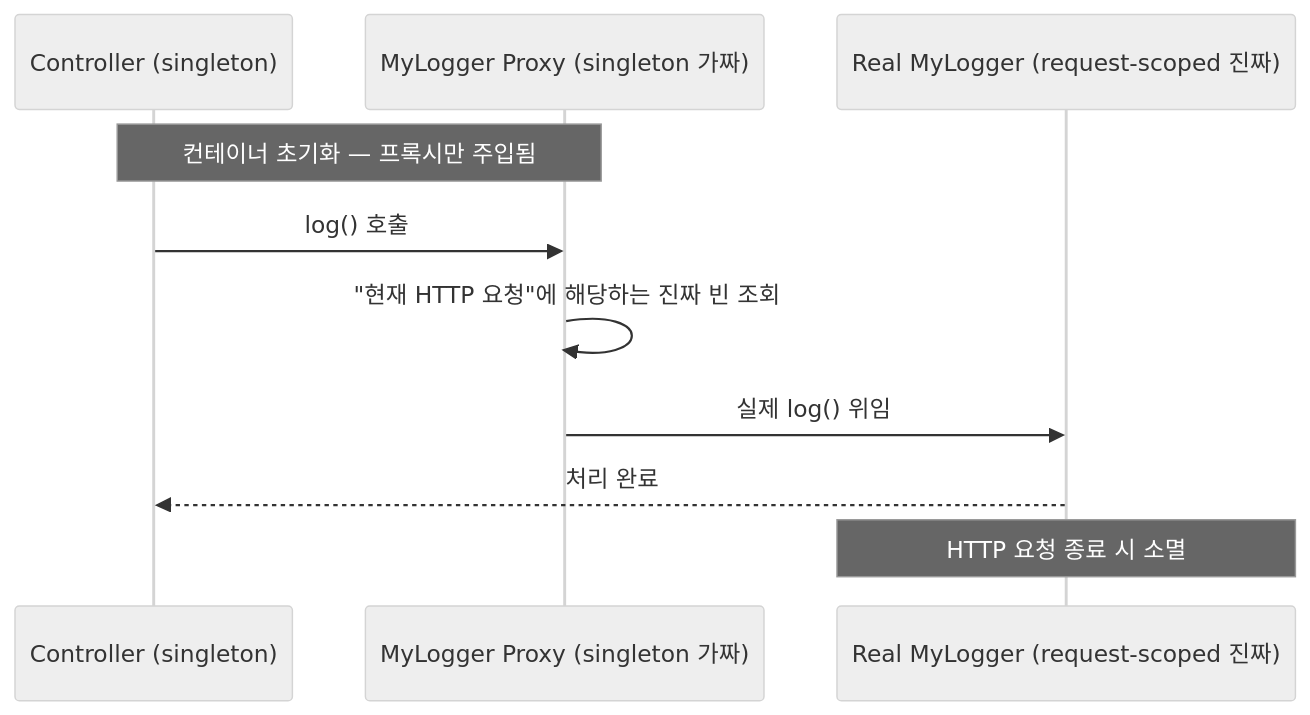
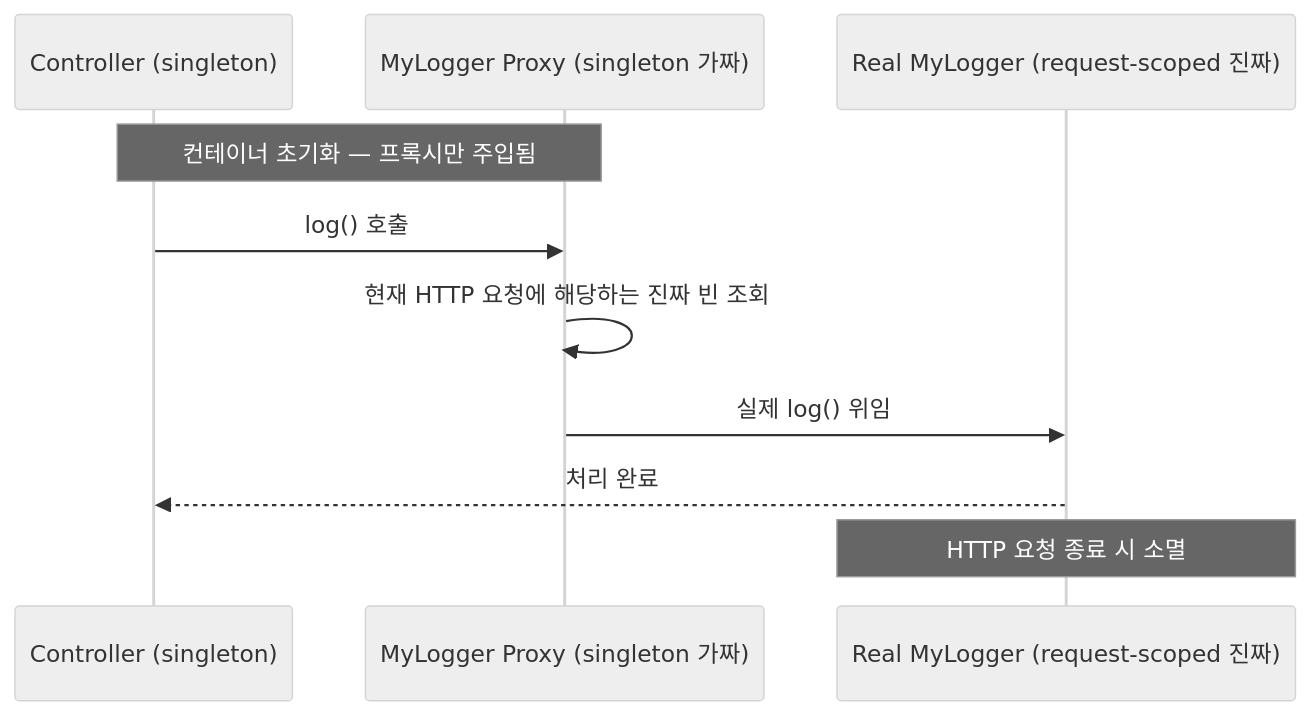
Before and after one commit to yjkim2015/yjkim2015.github.io: the ninth of 11 diagrams in _posts/spring/2026-05-02-spring-core-basic.md, drawn with Mermaid (neutral theme). The commit also changed other lines of this file and 92 other files, not shown here.

First line of the commit message:
Major quality rewrite: 98 files, Mermaid fix, extreme-scenario component

````diff
--- a/_posts/spring/2026-05-02-spring-core-basic.md
+++ b/_posts/spring/2026-05-02-spring-core-basic.md
@@ -761,13 +701,13 @@
 ```mermaid
 sequenceDiagram
     participant C as Controller (singleton)
     participant P as MyLogger Proxy (singleton 가짜)
     participant R as Real MyLogger (request-scoped 진짜)
 
     Note over C,P: 컨테이너 초기화 — 프록시만 주입됨
     C->>P: log() 호출
-    P->>P: "현재 HTTP 요청"에 해당하는 진짜 빈 조회
+    P->>P: 현재 HTTP 요청에 해당하는 진짜 빈 조회
     P->>R: 실제 log() 위임
     R-->>C: 처리 완료
     Note over R: HTTP 요청 종료 시 소멸
 ```
````
